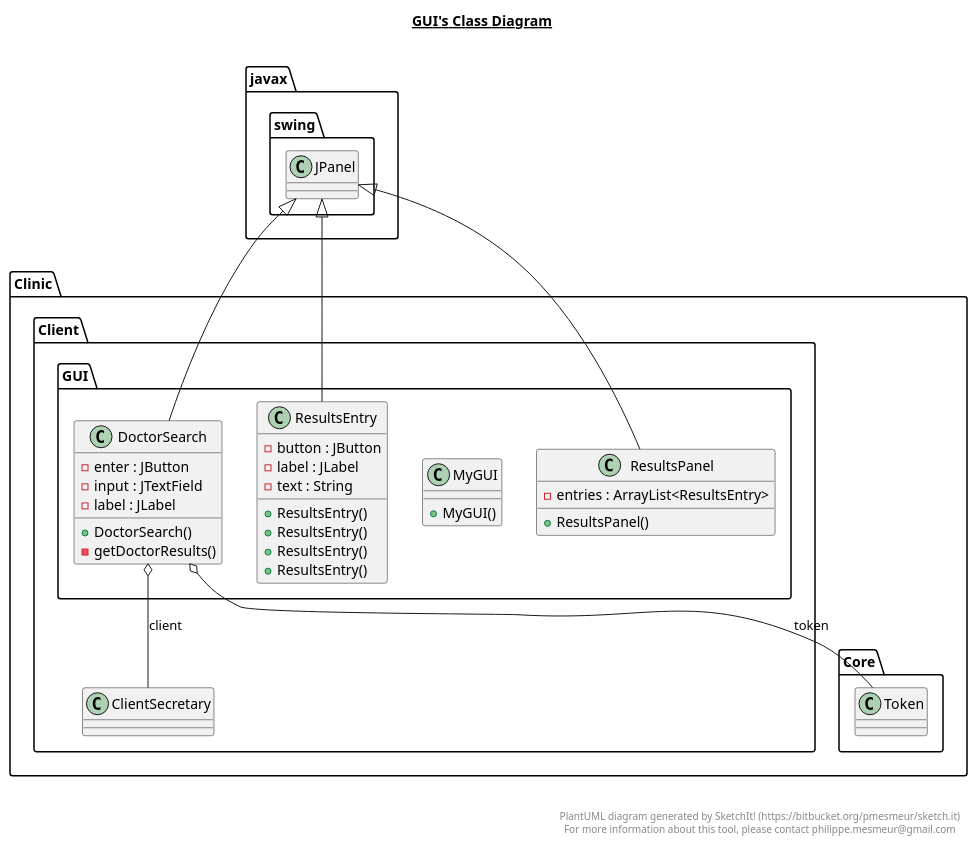
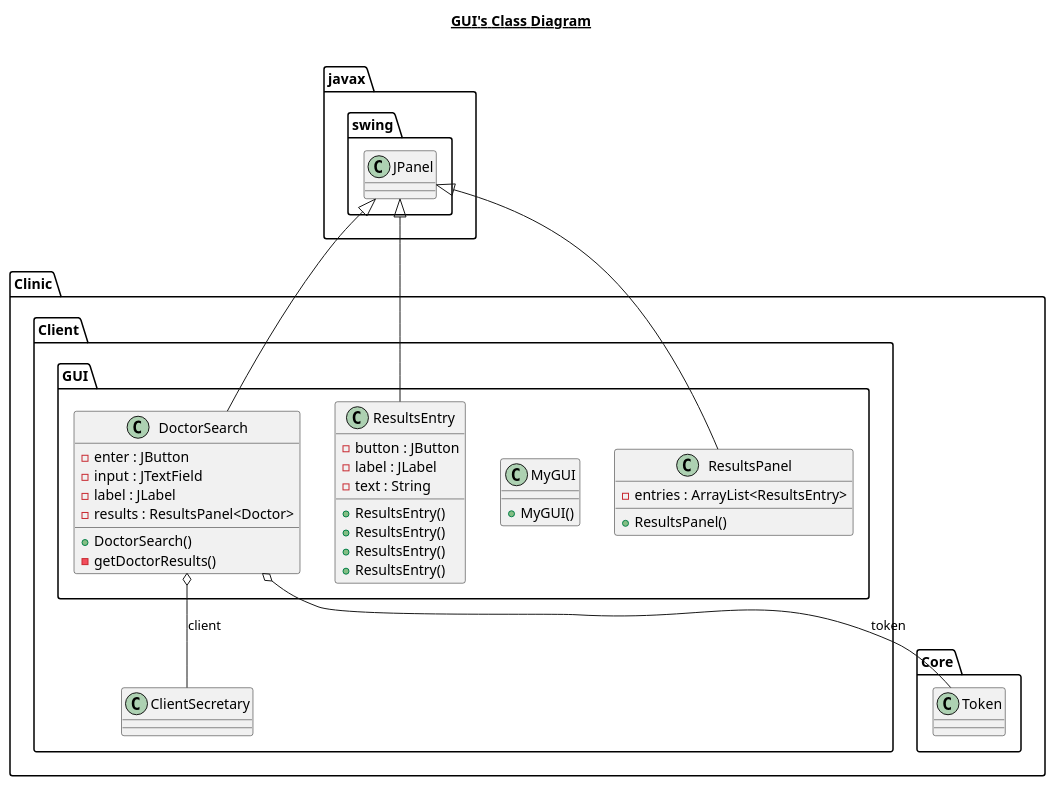
One commit to AidanJohnston/Omar changed the diagram in src/Clinic/Client/GUI/GUI.plantuml. Above: the diagram before and after it, drawn with PlantUML. The commit also changed 7 other files, not shown here.

Commit message:
Refactored uml diagrams

```diff
--- a/src/Clinic/Client/GUI/GUI.plantuml
+++ b/src/Clinic/Client/GUI/GUI.plantuml
@@ -1,66 +1,60 @@
 @startuml
 
 title __GUI's Class Diagram__\n
 
   namespace Clinic.Client {
-        namespace GUI {
+    namespace GUI {
       class Clinic.Client.GUI.DoctorSearch {
           - enter : JButton
           - input : JTextField
           - label : JLabel
+          - results : ResultsPanel<Doctor>
           + DoctorSearch()
           - getDoctorResults()
       }
     }
   }
   
 
   namespace Clinic.Client {
     namespace GUI {
       class Clinic.Client.GUI.MyGUI {
           + MyGUI()
       }
     }
   }
   
 
   namespace Clinic.Client {
     namespace GUI {
       class Clinic.Client.GUI.ResultsEntry {
           - button : JButton
           - label : JLabel
           - text : String
           + ResultsEntry()
           + ResultsEntry()
           + ResultsEntry()
           + ResultsEntry()
       }
     }
   }
   
 
   namespace Clinic.Client {
     namespace GUI {
       class Clinic.Client.GUI.ResultsPanel {
           - entries : ArrayList<ResultsEntry>
           + ResultsPanel()
       }
     }
   }
   
 
   Clinic.Client.GUI.DoctorSearch -up-|> javax.swing.JPanel
   Clinic.Client.GUI.DoctorSearch o-- Clinic.Client.ClientSecretary : client
   Clinic.Client.GUI.DoctorSearch o-- Clinic.Core.Token : token
   Clinic.Client.GUI.ResultsEntry -up-|> javax.swing.JPanel
   Clinic.Client.GUI.ResultsPanel -up-|> javax.swing.JPanel
 
 
-right footer
-
-
-PlantUML diagram generated by SketchIt! (https://bitbucket.org/pmesmeur/sketch.it)
-For more information about this tool, please contact philippe.mesmeur@gmail.com
-endfooter
-
 @enduml
```
